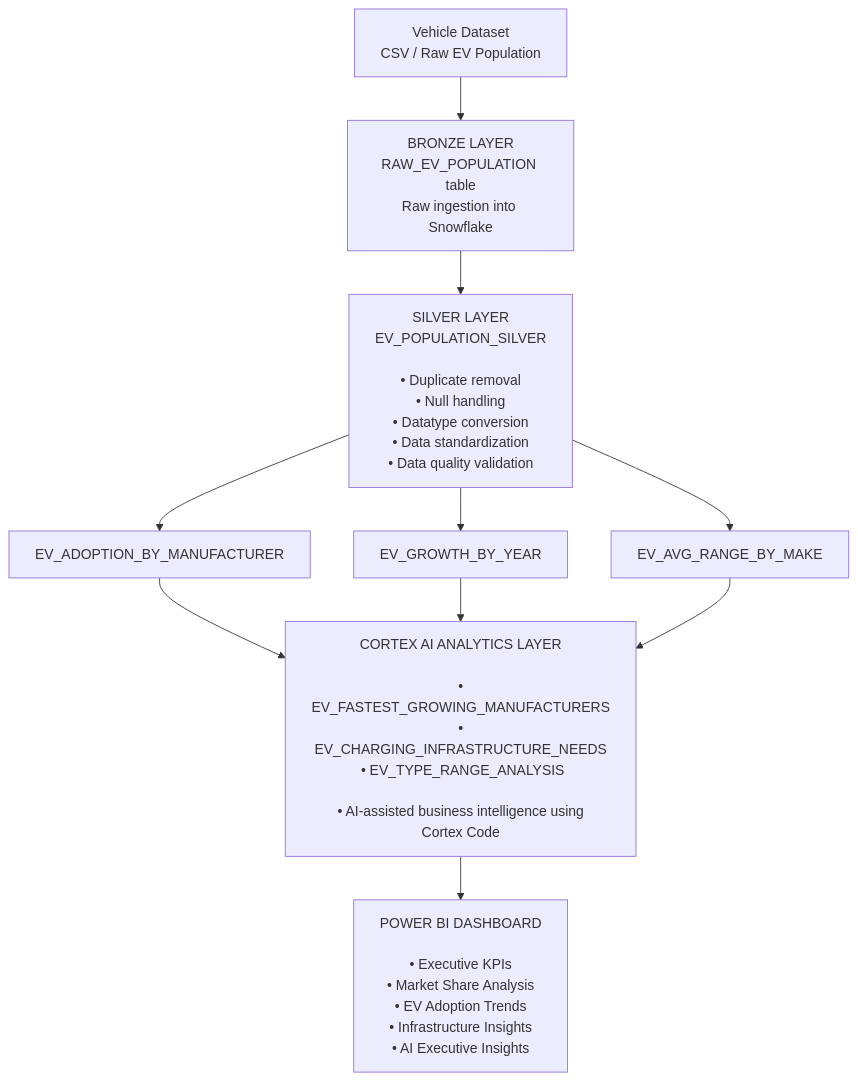
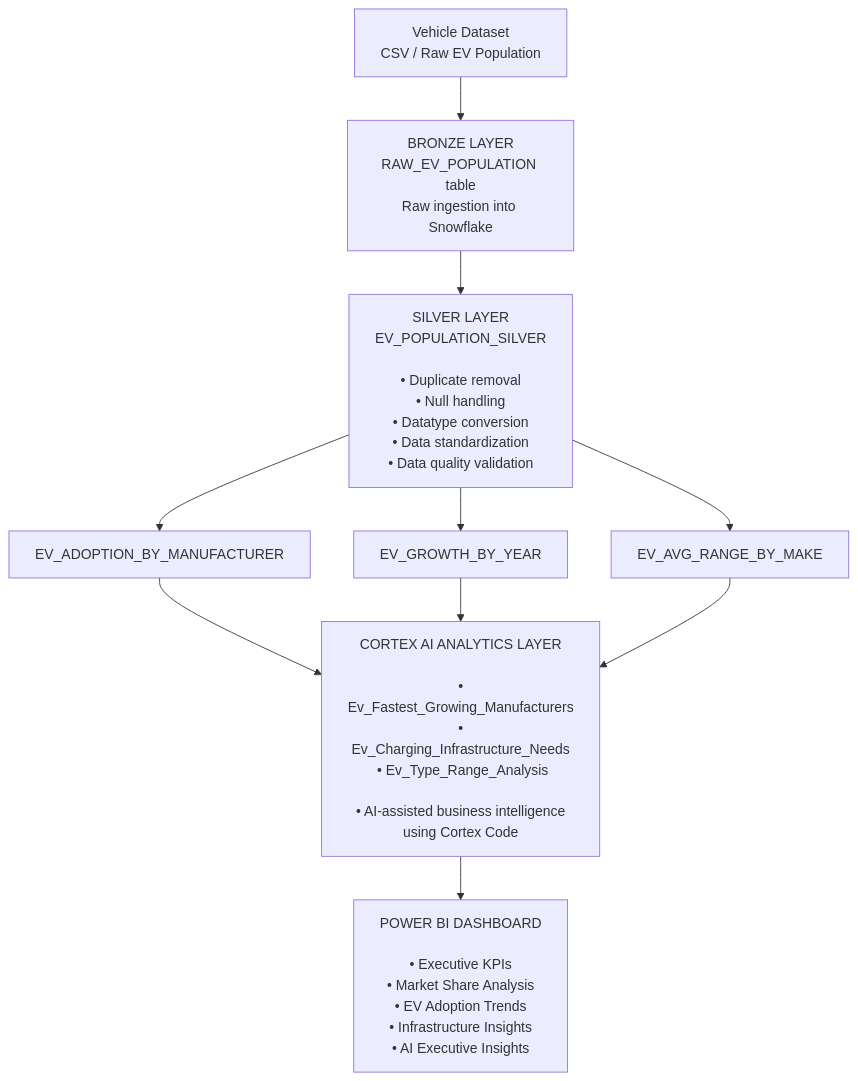
Before and after one commit to praveenaluru2256/snowflake-cortex-ev-analytics-platform: the diagram in README.md, drawn with Mermaid.

````diff
--- a/README.md
+++ b/README.md
@@ -47,20 +47,20 @@
 ```mermaid
 flowchart TD
 
 A[Vehicle Dataset<br>CSV / Raw EV Population]
 
 A --> B[BRONZE LAYER<br>RAW_EV_POPULATION table<br>Raw ingestion into Snowflake]
 
 B --> C[SILVER LAYER<br>EV_POPULATION_SILVER<br><br>• Duplicate removal<br>• Null handling<br>• Datatype conversion<br>• Data standardization<br>• Data quality validation]
 
 C --> D1[EV_ADOPTION_BY_MANUFACTURER]
 C --> D2[EV_GROWTH_BY_YEAR]
 C --> D3[EV_AVG_RANGE_BY_MAKE]
 
-D1 --> E[CORTEX AI ANALYTICS LAYER<br><br> • EV_FASTEST_GROWING_MANUFACTURERS<br> • EV_CHARGING_INFRASTRUCTURE_NEEDS<br> • EV_TYPE_RANGE_ANALYSIS<br><br> • AI-assisted business intelligence using Cortex Code]
+D1 --> E[CORTEX AI ANALYTICS LAYER<br><br> • Ev_Fastest_Growing_Manufacturers<br> • Ev_Charging_Infrastructure_Needs<br> • Ev_Type_Range_Analysis<br><br> • AI-assisted business intelligence using Cortex Code]
 
 D2 --> E
 D3 --> E
 
 E --> F[POWER BI DASHBOARD<br><br>• Executive KPIs<br>• Market Share Analysis<br>• EV Adoption Trends<br>• Infrastructure Insights<br>• AI Executive Insights]
 ```
````
